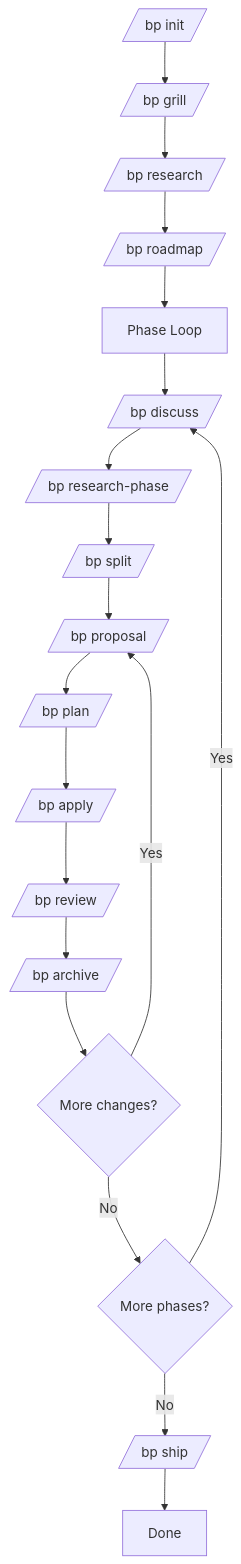
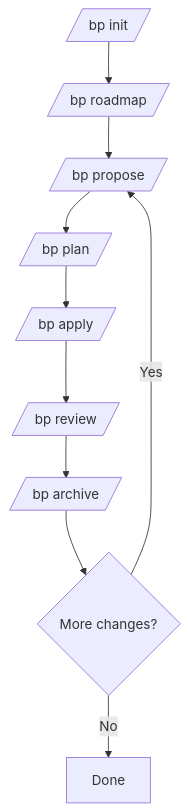
One commit to hyperion2144/blueprint changed the diagram in README.md. Above: the diagram before and after it, drawn with Mermaid. The commit also changed other lines of this file and 402 other files, not shown here.

````diff
--- a/README.md
+++ b/README.md
@@ -146,21 +134,12 @@
 ```mermaid
 flowchart TD
-    A[/bp init/] --> B[/bp grill/]
-    B --> C[/bp research/]
-    C --> D[/bp roadmap/]
-    D --> E[Phase Loop]
-    E --> F[/bp discuss/]
-    F --> G[/bp research-phase/]
-    G --> H[/bp split/]
-    H --> I[/bp proposal/]
-    I --> J[/bp plan/]
-    J --> K[/bp apply/]
-    K --> L[/bp review/]
-    L --> M[/bp archive/]
-    M --> N{More changes?}
-    N -->|Yes| I
-    N -->|No| O{More phases?}
-    O -->|Yes| F
-    O -->|No| P[/bp ship/]
-    P --> Q[Done]
+    A[/bp init/] --> B[/bp roadmap/]
+    B --> C[/bp propose/]
+    C --> D[/bp plan/]
+    D --> E[/bp apply/]
+    E --> F[/bp review/]
+    F --> G[/bp archive/]
+    G --> H{More changes?}
+    H -->|Yes| C
+    H -->|No| I[Done]
 ```
````
